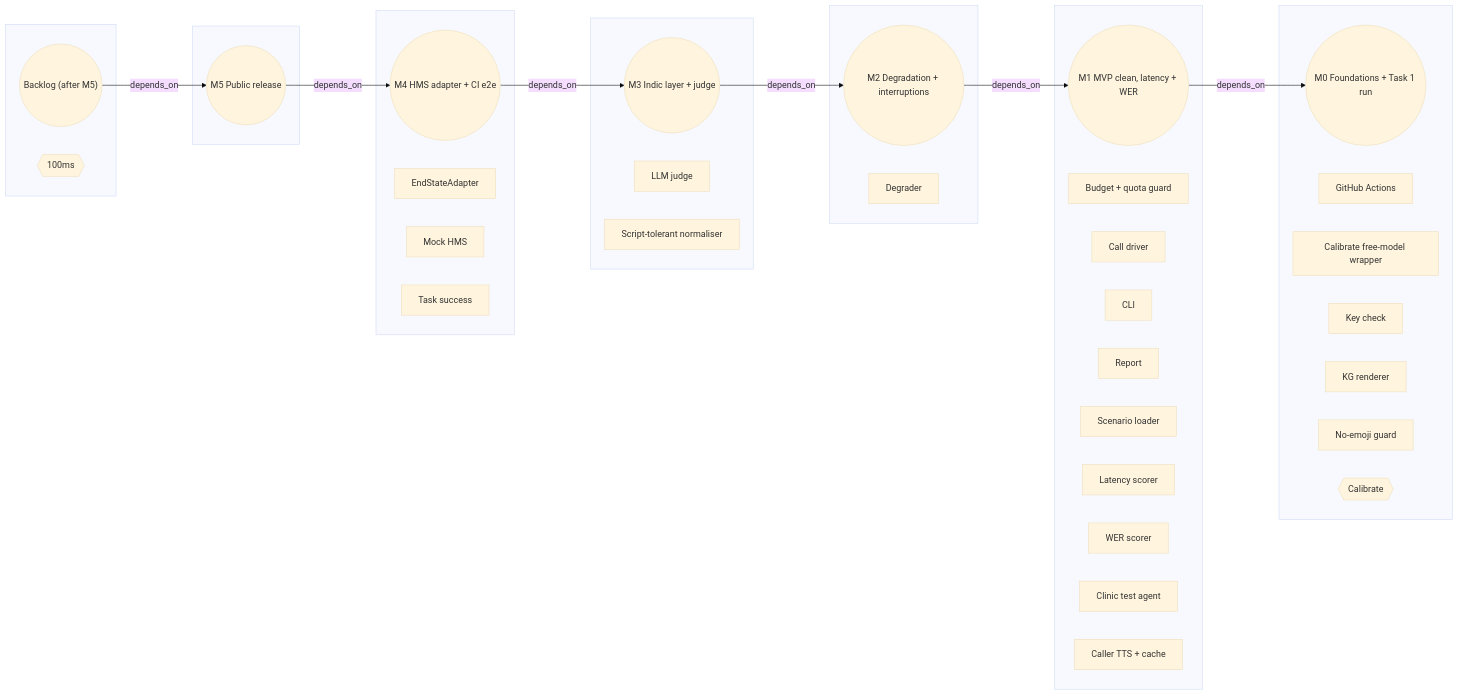
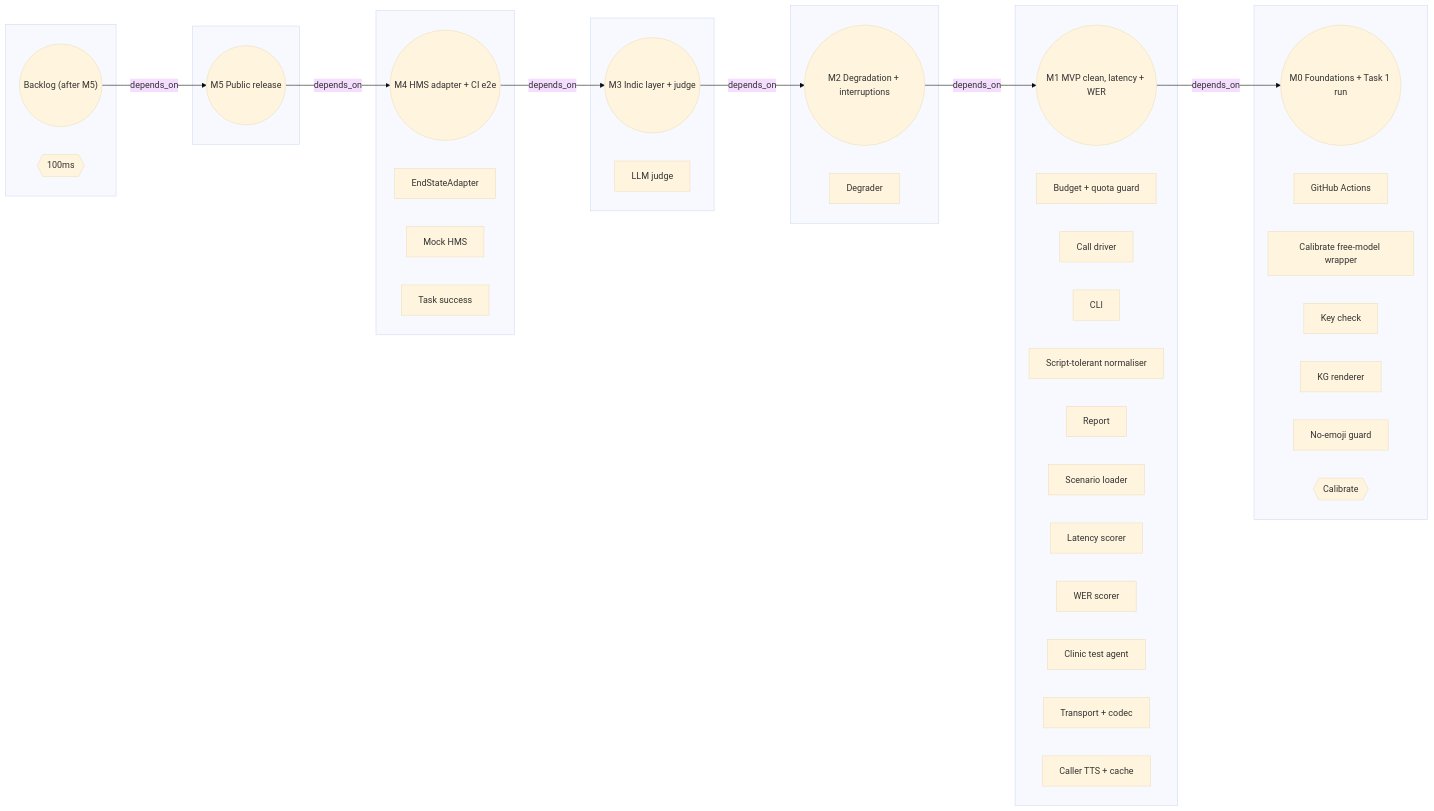
One commit to yatinannam/parakh changed the third of 3 diagrams in docs/kg/README.md. Above: the diagram before and after it, drawn with Mermaid (base theme). The commit also changed other lines of this file and 6 other files, not shown here.

````diff
--- a/docs/kg/README.md
+++ b/docs/kg/README.md
@@ -195,52 +210,53 @@
 ```mermaid
 flowchart LR
   subgraph g_backlog[" "]
     backlog(("Backlog (after M5)"))
     x_100ms{{"100ms"}}
   end
   subgraph g_m0[" "]
     m0(("M0 Foundations + Task 1 run"))
     ci["GitHub Actions"]
     t_calibrate_eval["Calibrate free-model wrapper"]
     t_check_keys["Key check"]
     t_kg_render["KG renderer"]
     t_no_emoji["No-emoji guard"]
     x_calibrate{{"Calibrate"}}
   end
   subgraph g_m1[" "]
     m1(("M1 MVP clean, latency + WER"))
     budget["Budget + quota guard"]
     call_driver["Call driver"]
     cli["CLI"]
+    normalizer["Script-tolerant normaliser"]
     report["Report"]
     scenario["Scenario loader"]
     score_latency["Latency scorer"]
     score_wer["WER scorer"]
     test_agent["Clinic test agent"]
+    transport_codec["Transport + codec"]
     tts_cache["Caller TTS + cache"]
   end
   subgraph g_m2[" "]
     m2(("M2 Degradation + interruptions"))
     degrader["Degrader"]
   end
   subgraph g_m3[" "]
     m3(("M3 Indic layer + judge"))
     judge["LLM judge"]
-    normalizer["Script-tolerant normaliser"]
   end
   subgraph g_m4[" "]
     m4(("M4 HMS adapter + CI e2e"))
     end_state_adapter["EndStateAdapter"]
     mock_hms["Mock HMS"]
     score_task["Task success"]
   end
   subgraph g_m5[" "]
     m5(("M5 Public release"))
   end
   backlog -->|depends_on| m5
   m1 -->|depends_on| m0
   m2 -->|depends_on| m1
   m3 -->|depends_on| m2
   m4 -->|depends_on| m3
   m5 -->|depends_on| m4
 ```
````
